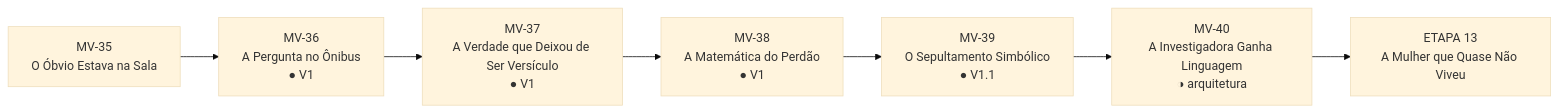
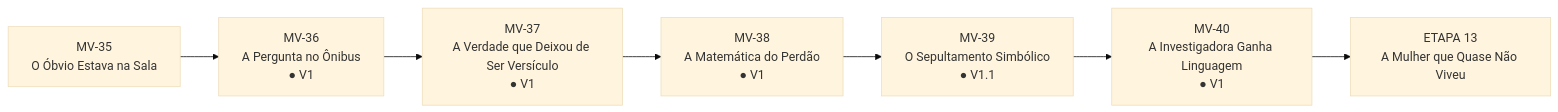
One commit to Sollimastudio/trilogia-sol-lima changed the first of 5 diagrams in 01_MORTE_EM_VIDA/MAPA_VISUAL_PARTE_IV_ATUAL.md. Above: the diagram before and after it, drawn with Mermaid (base theme). The commit also changed other lines of this file, not shown here.

````diff
--- a/01_MORTE_EM_VIDA/MAPA_VISUAL_PARTE_IV_ATUAL.md
+++ b/01_MORTE_EM_VIDA/MAPA_VISUAL_PARTE_IV_ATUAL.md
@@ -7,9 +7,9 @@
 ```mermaid
 flowchart LR
 A[MV-35\nO Óbvio Estava na Sala] --> B[MV-36\nA Pergunta no Ônibus\n● V1]
 B --> C[MV-37\nA Verdade que Deixou de Ser Versículo\n● V1]
 C --> D[MV-38\nA Matemática do Perdão\n● V1]
 D --> E[MV-39\nO Sepultamento Simbólico\n● V1.1]
-E --> F[MV-40\nA Investigadora Ganha Linguagem\n◑ arquitetura]
+E --> F[MV-40\nA Investigadora Ganha Linguagem\n● V1]
 F --> G[ETAPA 13\nA Mulher que Quase Não Viveu]
 ```
````
